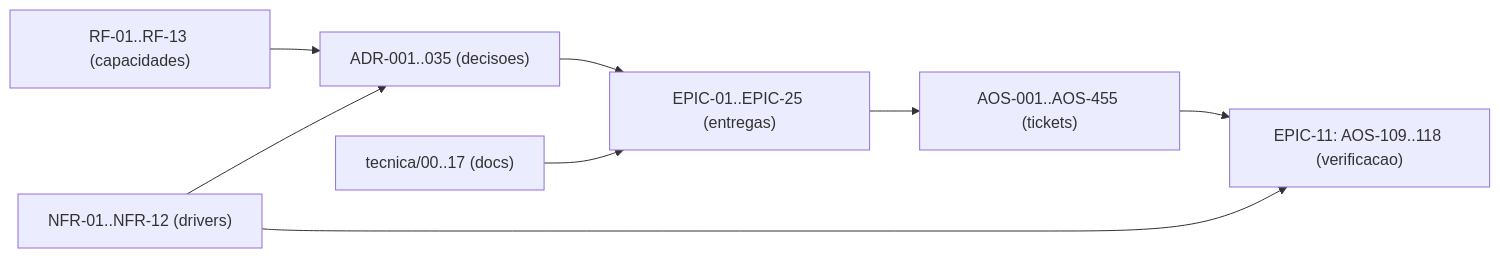
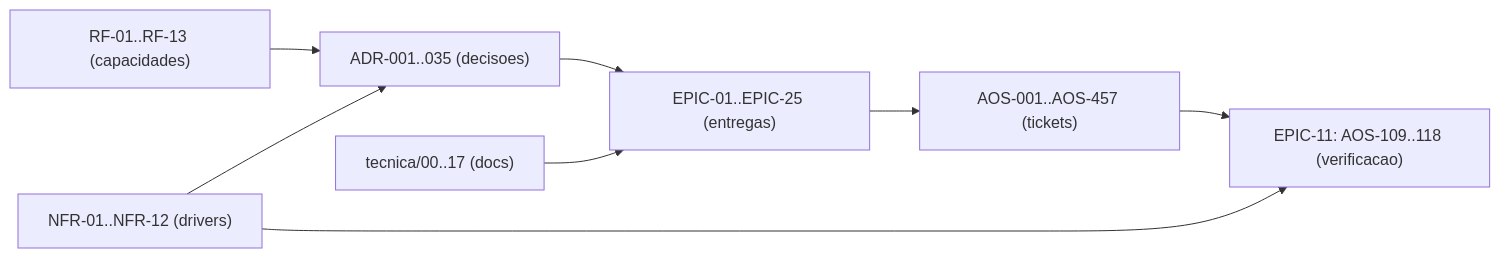
One commit to albinoJimy/aos changed the diagram in tecnica/16_Rastreabilidade_RTM.md. Above: the diagram before and after it, drawn with Mermaid. The commit also changed other lines of this file and 2 other files, not shown here.

````diff
--- a/tecnica/16_Rastreabilidade_RTM.md
+++ b/tecnica/16_Rastreabilidade_RTM.md
@@ -199,10 +200,10 @@
 ```mermaid
 flowchart LR
     RF["RF-01..RF-13 (capacidades)"] --> ADR["ADR-001..035 (decisoes)"]
     NFR["NFR-01..NFR-12 (drivers)"] --> ADR
     ADR --> EPIC["EPIC-01..EPIC-25 (entregas)"]
-    EPIC --> TICK["AOS-001..AOS-455 (tickets)"]
+    EPIC --> TICK["AOS-001..AOS-457 (tickets)"]
     DOC["tecnica/00..17 (docs)"] --> EPIC
     TICK --> TEST["EPIC-11: AOS-109..118 (verificacao)"]
     NFR --> TEST
 ```
````
